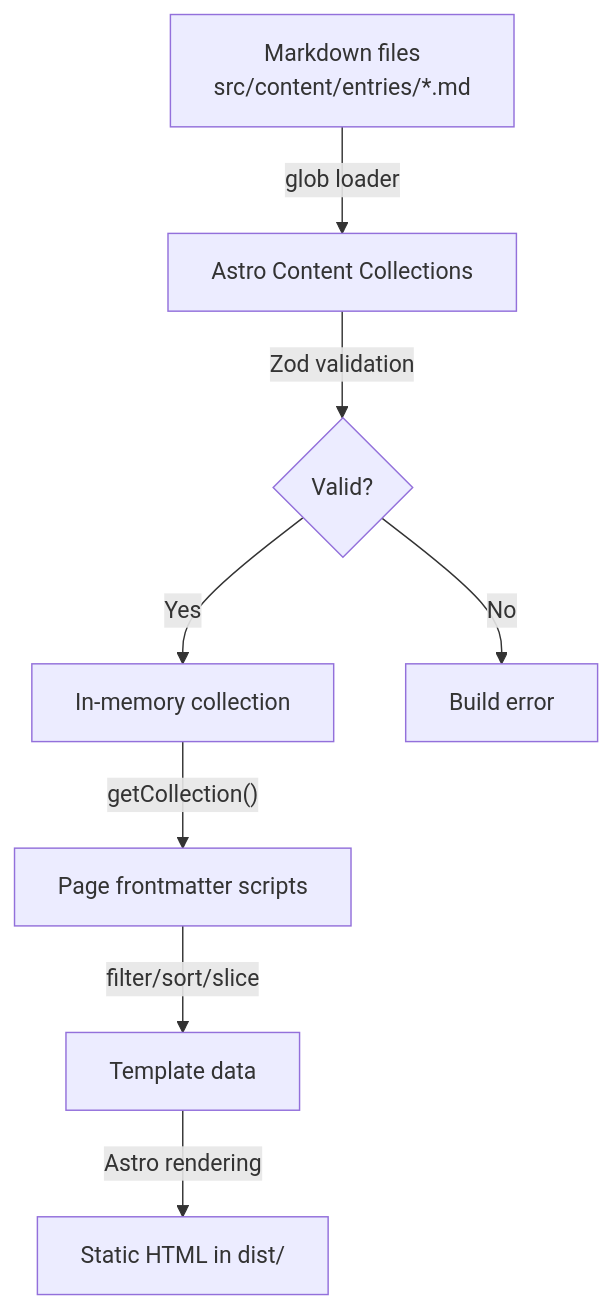
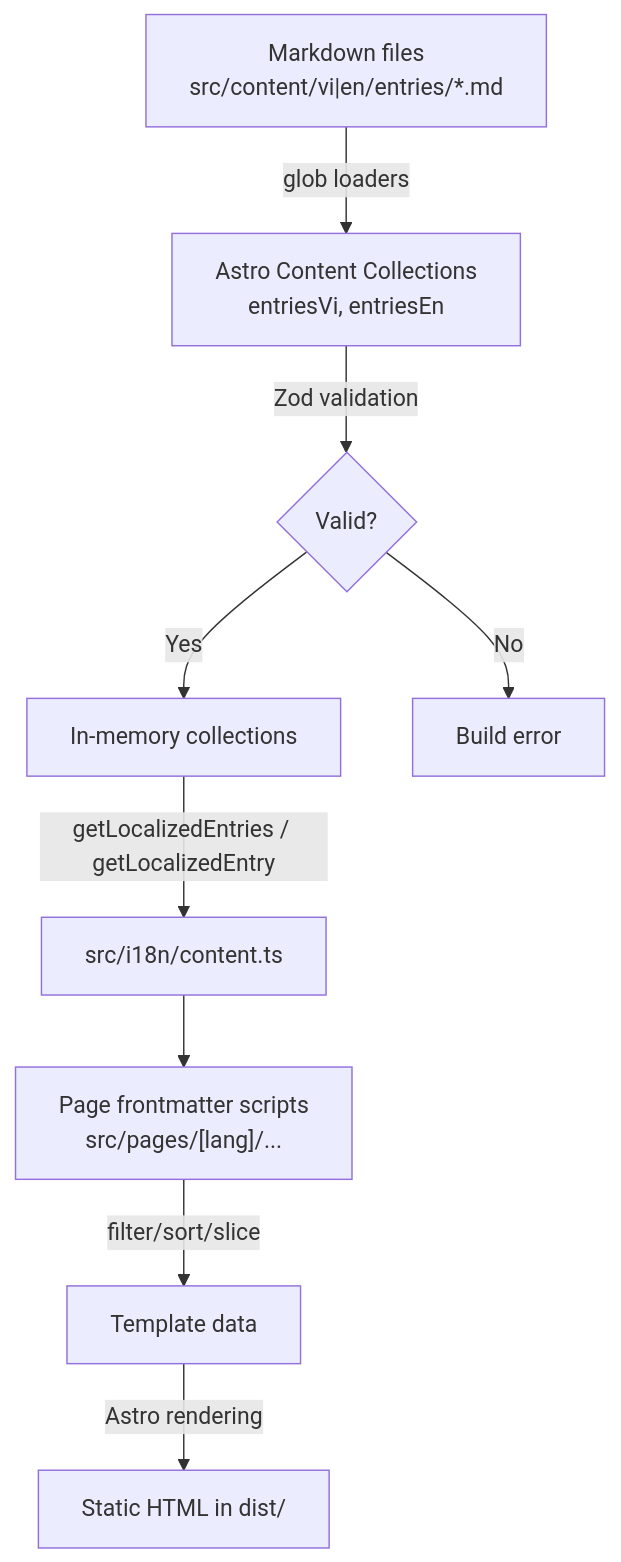
The first of 3 diagrams in doc/data-flow.md (khanhhung142/mythic-pages), drawn with Mermaid before and after one commit. The commit also changed other lines of this file and 12 other files, not shown here.

````diff
--- a/doc/data-flow.md
+++ b/doc/data-flow.md
@@ -7,10 +7,11 @@
 ```mermaid
 graph TD
-    A["Markdown files<br/>src/content/entries/*.md"] -->|"glob loader"| B["Astro Content Collections"]
+    A["Markdown files<br/>src/content/vi|en/entries/*.md"] -->|"glob loaders"| B["Astro Content Collections<br/>entriesVi, entriesEn"]
     B -->|"Zod validation"| C{"Valid?"}
-    C -->|"Yes"| D["In-memory collection"]
+    C -->|"Yes"| D["In-memory collections"]
     C -->|"No"| E["Build error"]
-    D -->|"getCollection()"| F["Page frontmatter scripts"]
-    F -->|"filter/sort/slice"| G["Template data"]
-    G -->|"Astro rendering"| H["Static HTML in dist/"]
+    D -->|"getLocalizedEntries / getLocalizedEntry"| F["src/i18n/content.ts"]
+    F --> G["Page frontmatter scripts<br/>src/pages/[lang]/..."]
+    G -->|"filter/sort/slice"| H["Template data"]
+    H -->|"Astro rendering"| I["Static HTML in dist/"]
 ```
````
